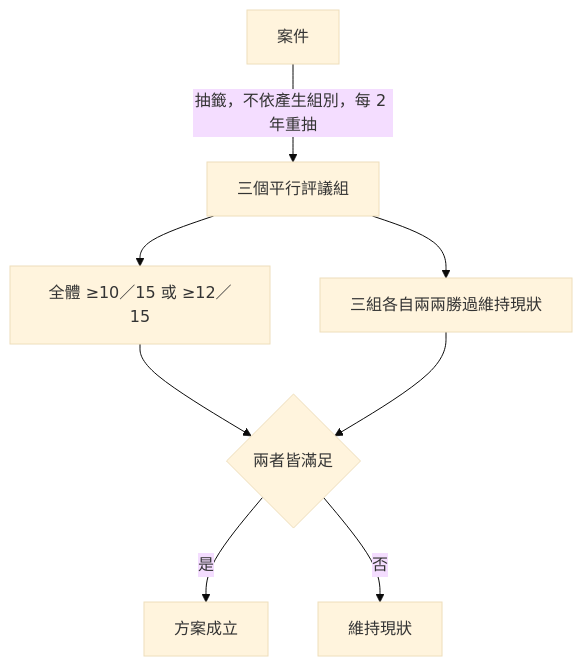
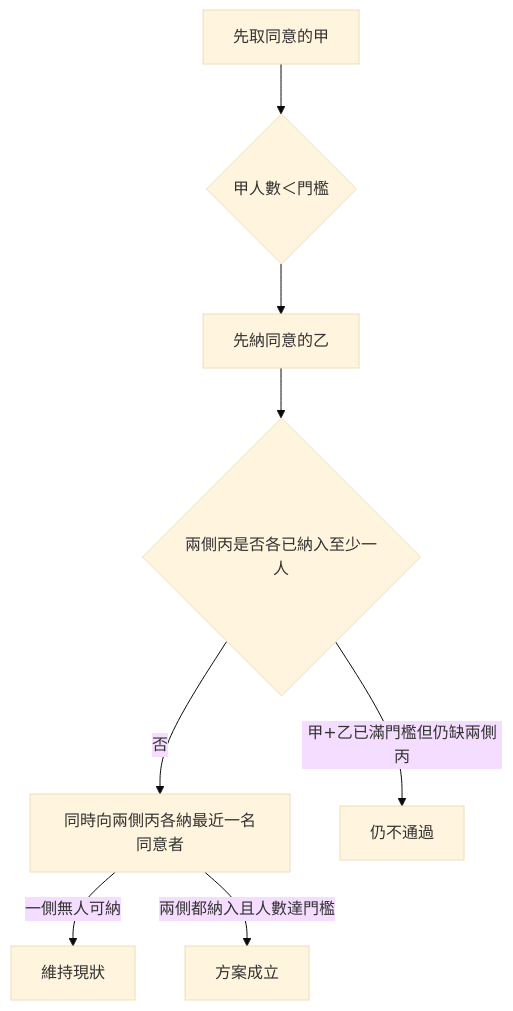
The eighth of 10 diagrams in topics/regime-designs/designs/台灣/一院總統制/憲政架構圖.md (IRonROOT578/Political-Economy-Research-Public), drawn with Mermaid (base theme) before and after one commit. The commit also changed other lines of this file and 128 other files, not shown here.

````diff
--- a/topics/regime-designs/designs/台灣/一院總統制/憲政架構圖.md
+++ b/topics/regime-designs/designs/台灣/一院總統制/憲政架構圖.md
@@ -111,10 +113,10 @@
 ```mermaid
 flowchart TD
-  Case[案件] -->|抽籤，不依產生組別，每 2 年重抽| Panels[三個平行評議組]
-  Panels --> T1[全體 ≥10／15 或 ≥12／15]
-  Panels --> T2[三組各自兩兩勝過維持現狀]
-  T1 --> Pass{兩者皆滿足}
-  T2 --> Pass
-  Pass -->|是| Decide[方案成立]
-  Pass -->|否| Keep[維持現狀]
+  Start[先取同意的甲] --> Mid{甲人數＜門檻}
+  Mid --> Yi[先納同意的乙]
+  Yi --> Both{兩側丙是否各已納入至少一人}
+  Both -->|否| Wing[同時向兩側丙各納最近一名同意者]
+  Wing -->|一側無人可納| Keep[維持現狀]
+  Both -->|甲+乙已滿門檻但仍缺兩側丙| Keep2[仍不通過]
+  Wing -->|兩側都納入且人數達門檻| Pass[方案成立]
 ```
````
